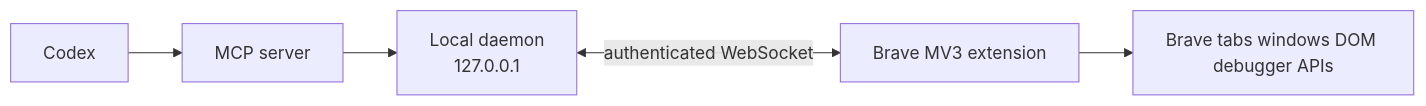
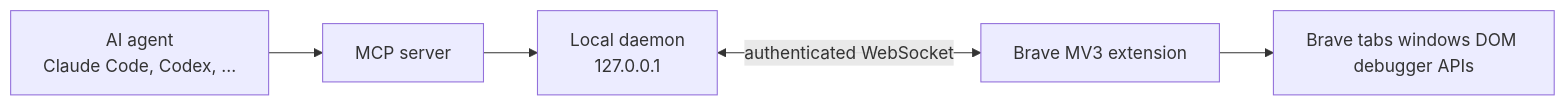
One commit to povesma/brave-mcp changed the diagram in README.md. Above: the diagram before and after it, drawn with Mermaid. The commit also changed other lines of this file and 2 other files, not shown here.

First line of the commit message:
docs: describe setup for any MCP agent, not only Codex

````diff
--- a/README.md
+++ b/README.md
@@ -54,7 +54,7 @@
 ```mermaid
 flowchart LR
-    C[Codex] --> M[MCP server]
+    C[AI agent<br/>Claude Code, Codex, ...] --> M[MCP server]
     M --> D[Local daemon<br/>127.0.0.1]
     D <-->|authenticated WebSocket| E[Brave MV3 extension]
     E --> B[Brave tabs windows DOM debugger APIs]
 ```
````
